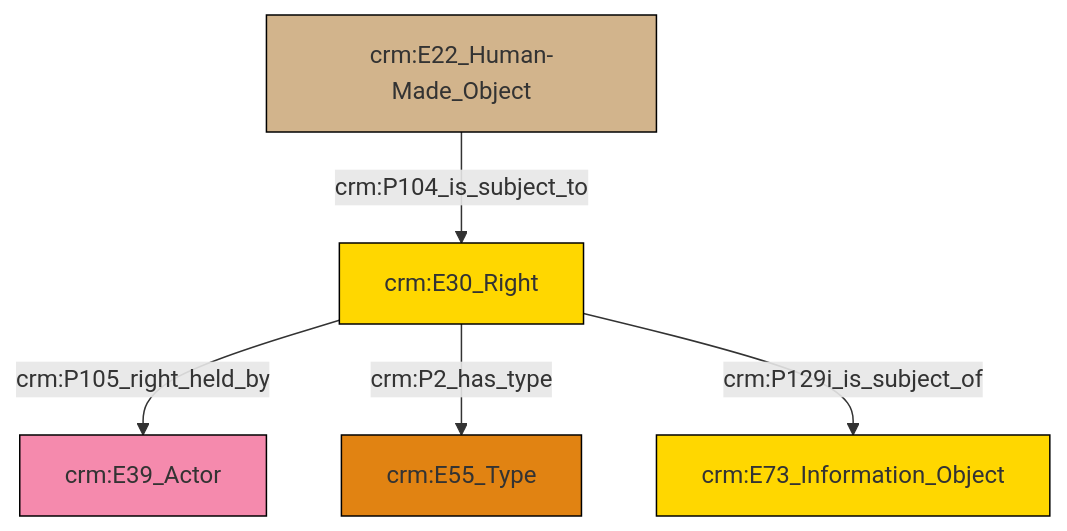
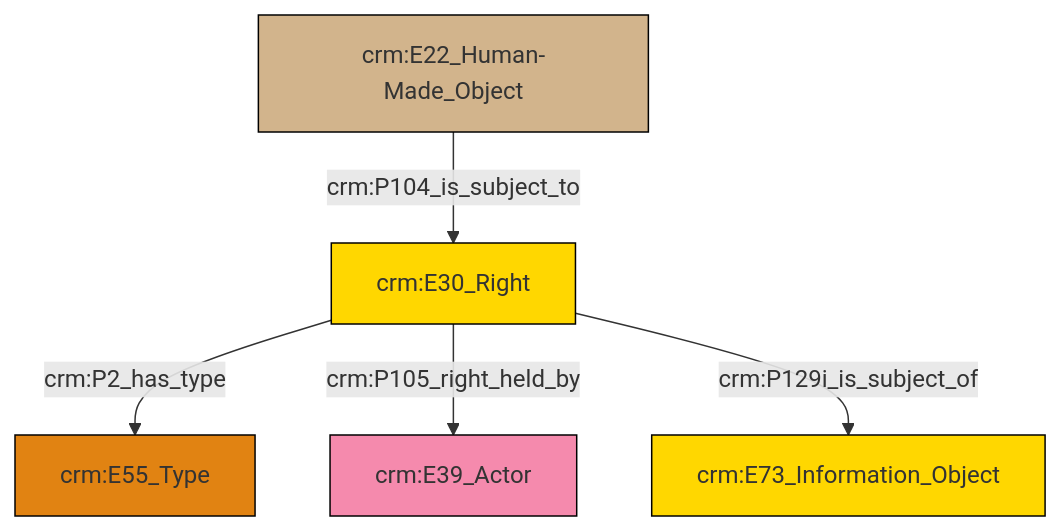
One commit to swiss-art-research-net/docs.swissartresearch changed the diagram in et/carrierCSV/ttl/mmd/carrier_rights.ttl.mmd. Above: the diagram before and after it, drawn with Mermaid. The commit also changed 183 other files, not shown here.

```diff
--- a/et/carrierCSV/ttl/mmd/carrier_rights.ttl.mmd
+++ b/et/carrierCSV/ttl/mmd/carrier_rights.ttl.mmd
@@ -1,19 +1,19 @@
 graph TD
 classDef Literal fill:#f2f2f2,stroke:#000000;
 classDef CRM_Entity fill:#FFFFFF,stroke:#000000;
 classDef Temporal_Entity fill:#00C9E6, stroke:#000000;
 classDef Type fill:#E18312, stroke:#000000;
 classDef Time-Span fill:#2C9C91, stroke:#000000;
 classDef Appellation fill:#FFEB7F, stroke:#000000;
 classDef Place fill:#008836, stroke:#000000;
 classDef Persistent_Item fill:#B266B2, stroke:#000000;
 classDef Conceptual_Object fill:#FFD700, stroke:#000000;
 classDef Physical_Thing fill:#D2B48C, stroke:#000000;
 classDef Actor fill:#f58aad, stroke:#000000;
 classDef PC_Classes fill:#4ce600, stroke:#000000;
 classDef Multi fill:#cccccc,stroke:#000000;
 
-0["crm:E30_Right"]:::Conceptual_Object -->|crm:P105_right_held_by| 1["crm:E39_Actor"]:::Actor
-0["crm:E30_Right"]:::Conceptual_Object -->|crm:P2_has_type| 2["crm:E55_Type"]:::Type
-7["crm:E22_Human-Made_Object"]:::Physical_Thing -->|crm:P104_is_subject_to| 0["crm:E30_Right"]:::Conceptual_Object
-0["crm:E30_Right"]:::Conceptual_Object -->|crm:P129i_is_subject_of| 5["crm:E73_Information_Object"]:::Conceptual_Object
+0["crm:E22_Human-Made_Object"]:::Physical_Thing -->|crm:P104_is_subject_to| 1["crm:E30_Right"]:::Conceptual_Object
+1["crm:E30_Right"]:::Conceptual_Object -->|crm:P2_has_type| 2["crm:E55_Type"]:::Type
+1["crm:E30_Right"]:::Conceptual_Object -->|crm:P105_right_held_by| 4["crm:E39_Actor"]:::Actor
+1["crm:E30_Right"]:::Conceptual_Object -->|crm:P129i_is_subject_of| 7["crm:E73_Information_Object"]:::Conceptual_Object
```
